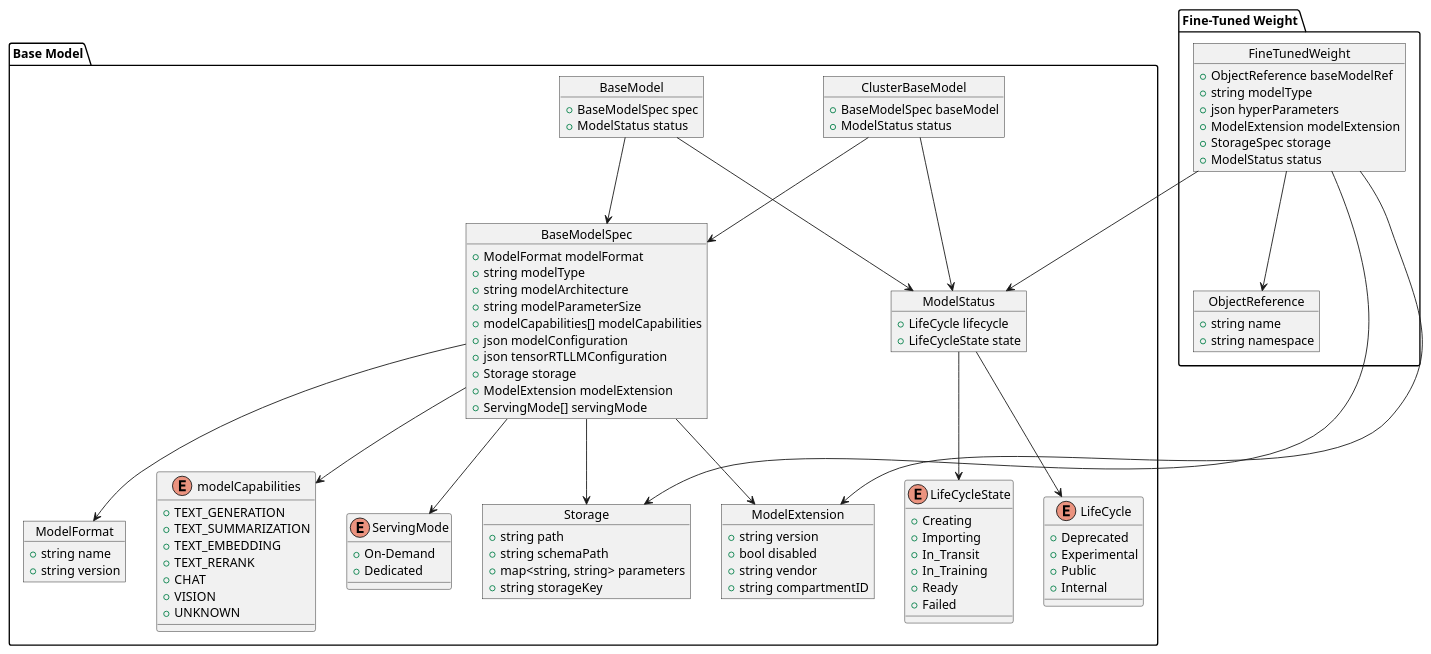
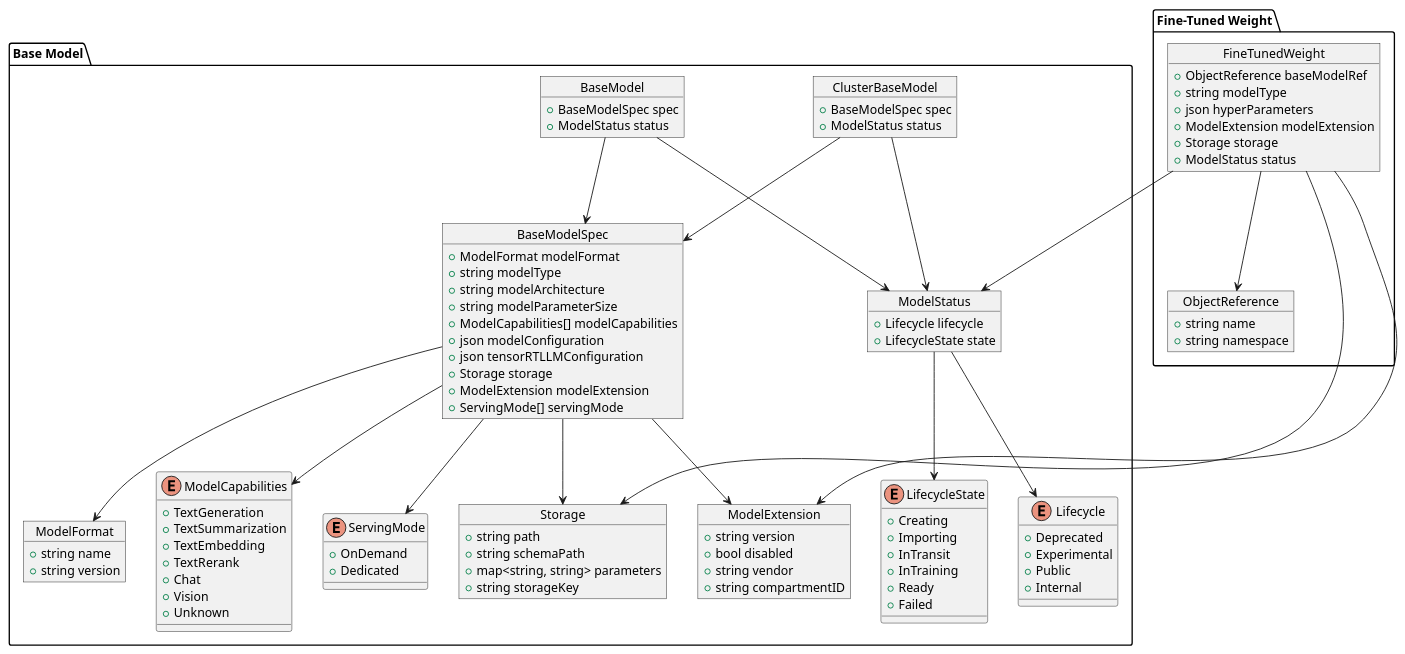
The diagram in site/assets/model.plantuml (sgl-project/ome), drawn with PlantUML before and after one commit. The commit also changed 10 other files, not shown here.

First line of the commit message:
[Docs] updating existing plantuml to reflect CRD updates

```diff
--- a/site/assets/model.plantuml
+++ b/site/assets/model.plantuml
@@ -1,112 +1,113 @@
 @startuml
 package "Base Model" {
   object ClusterBaseModel {
-    + BaseModelSpec baseModel
+    + BaseModelSpec spec
     + ModelStatus status
   }
   object BaseModel {
     + BaseModelSpec spec
     + ModelStatus status
   }
 
   object BaseModelSpec {
     + ModelFormat modelFormat
     + string modelType
     + string modelArchitecture
     + string modelParameterSize
-    + modelCapabilities[] modelCapabilities
+    + ModelCapabilities[] modelCapabilities
     + json modelConfiguration
     + json tensorRTLLMConfiguration
     + Storage storage
     + ModelExtension modelExtension
     + ServingMode[] servingMode
   }
 
   enum ServingMode {
-    + On-Demand
+    + OnDemand
     + Dedicated
   }
 
   object ModelFormat {
     + string name
     + string version
   }
 
-  enum modelCapabilities {
-    + TEXT_GENERATION
-    + TEXT_SUMMARIZATION
-    + TEXT_EMBEDDING
-    + TEXT_RERANK
-    + CHAT
-    + VISION
-    + UNKNOWN
+  enum ModelCapabilities {
+    + TextGeneration
+    + TextSummarization
+    + TextEmbedding
+    + TextRerank
+    + Chat
+    + Vision
+    + Unknown
   }
 
-  enum LifeCycleState {
+  enum LifecycleState {
     + Creating
     + Importing
-    + In_Transit
-    + In_Training
+    + InTransit
+    + InTraining
     + Ready
     + Failed
   }
 
-  enum LifeCycle {
+  enum Lifecycle {
     + Deprecated
     + Experimental
     + Public
     + Internal
   }
-
 
   object Storage {
     + string path
     + string schemaPath
     + map<string, string> parameters
     + string storageKey
   }
+
   object ModelExtension {
     + string version
     + bool disabled
     + string vendor
     + string compartmentID
   }
 
   object ModelStatus {
-    + LifeCycle lifecycle
-    + LifeCycleState state
+    + Lifecycle lifecycle
+    + LifecycleState state
   }
 
-  ClusterBaseModel -> BaseModelSpec
+  ClusterBaseModel --> BaseModelSpec
   BaseModel --> BaseModelSpec
   BaseModelSpec --> ModelFormat
-  BaseModelSpec --> modelCapabilities
+  BaseModelSpec --> ModelCapabilities
   BaseModelSpec --> ServingMode
   BaseModelSpec --> Storage
   BaseModelSpec --> ModelExtension
   ClusterBaseModel --> ModelStatus
   BaseModel --> ModelStatus
-  ModelStatus --> LifeCycle
-  ModelStatus --> LifeCycleState
+  ModelStatus --> Lifecycle
+  ModelStatus --> LifecycleState
 }
 
 package "Fine-Tuned Weight" {
   object FineTunedWeight {
     + ObjectReference baseModelRef
     + string modelType
     + json hyperParameters
     + ModelExtension modelExtension
-    + StorageSpec storage
+    + Storage storage
     + ModelStatus status
   }
+
   object ObjectReference {
     + string name
     + string namespace
   }
 
   FineTunedWeight --> ObjectReference
   FineTunedWeight --> Storage
   FineTunedWeight --> ModelExtension
   FineTunedWeight --> ModelStatus
 }
 @enduml
```
